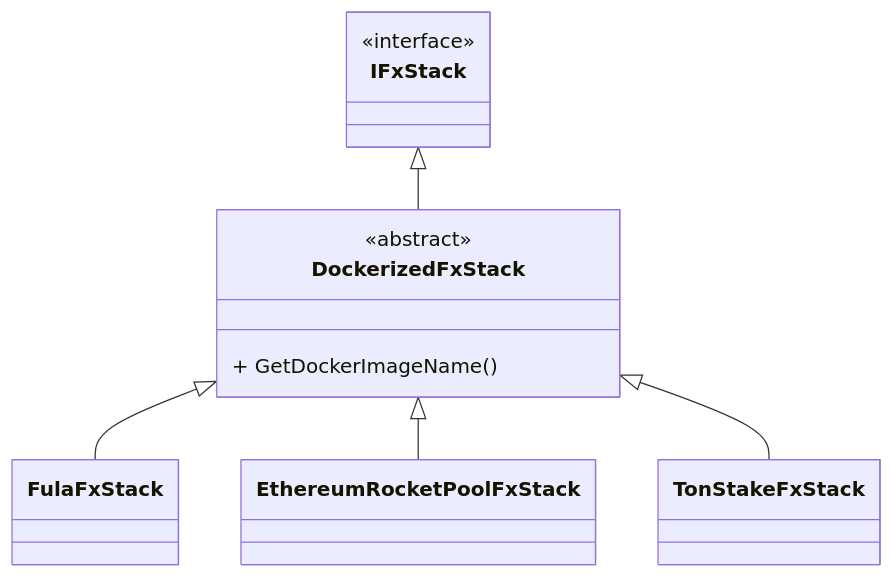
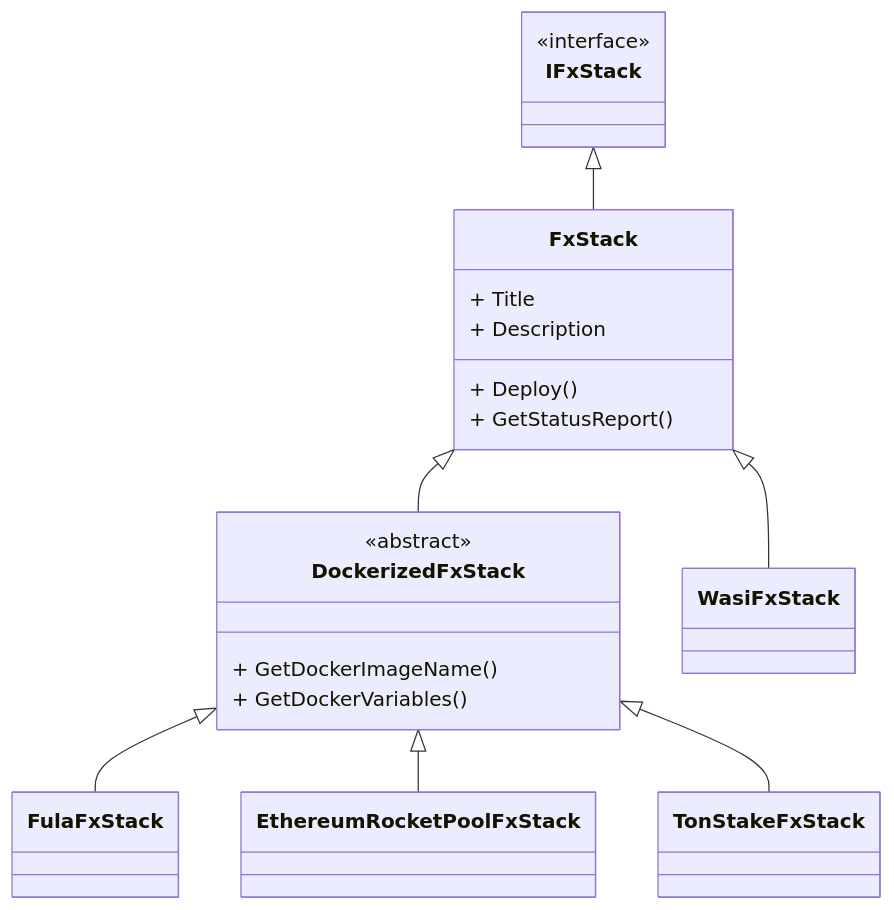
The diagram in docs/fx-stack-overview.md (functionland/fx-blox), drawn with Mermaid before and after one commit. The commit also changed other lines of this file, not shown here.

Commit message:
Add FxStack abstract class to the docs

````diff
--- a/docs/fx-stack-overview.md
+++ b/docs/fx-stack-overview.md
@@ -21,16 +21,25 @@
 ```mermaid
 classDiagram
-IFxStack <|-- DockerizedFxStack
+IFxStack <|-- FxStack
+FxStack <|-- DockerizedFxStack
 DockerizedFxStack <|-- FulaFxStack
 DockerizedFxStack <|-- EthereumRocketPoolFxStack
 DockerizedFxStack <|-- TonStakeFxStack
-
+FxStack <|-- WasiFxStack
 class IFxStack {
   <<interface>>
+}
+
+class FxStack {
+  + Title
+  + Description
+  + Deploy()
+  + GetStatusReport()
 }
 
 class DockerizedFxStack {
   <<abstract>>
   + GetDockerImageName()
+  + GetDockerVariables()
 }
 ```
````
